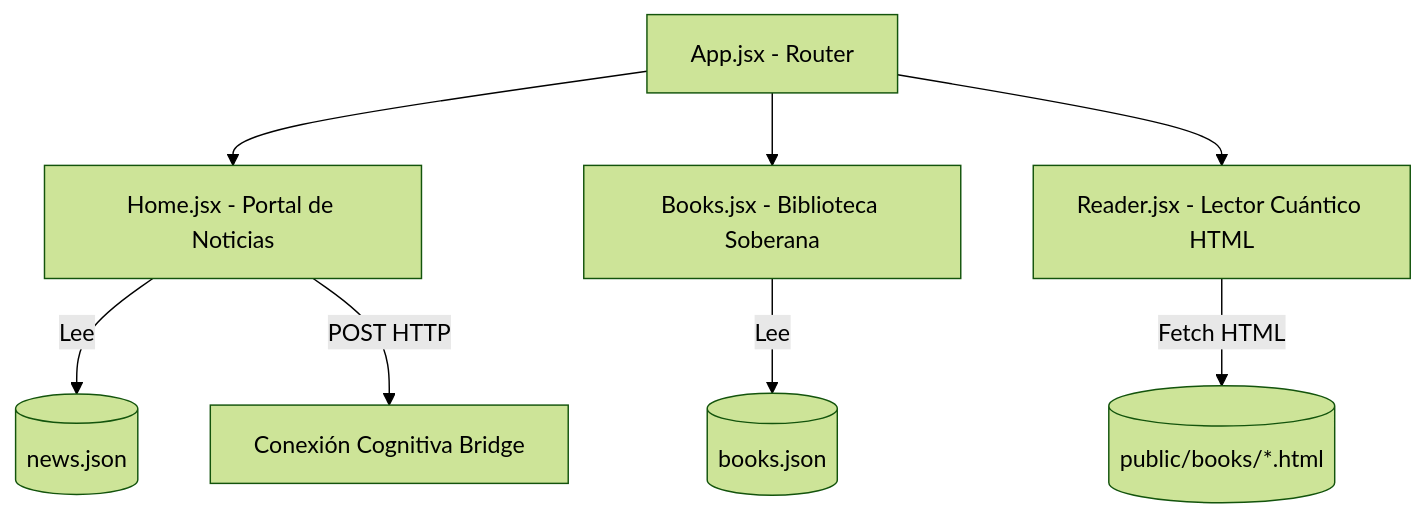
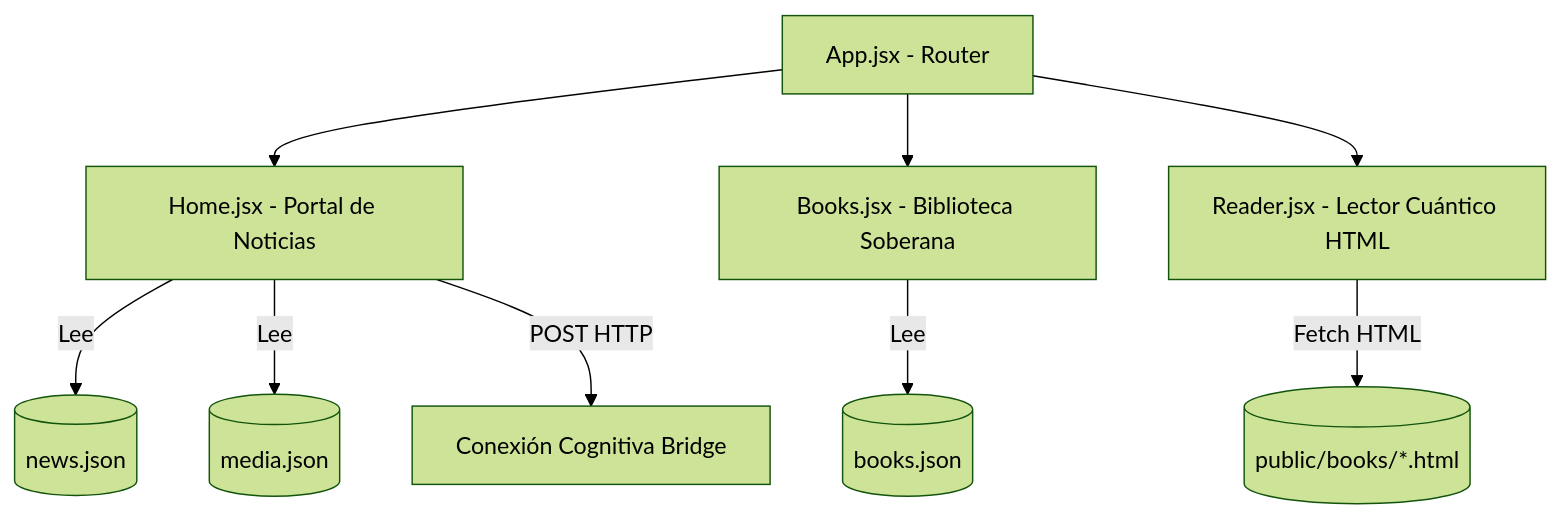
Before and after one commit to DarckRovert/gravity-news-portal: the diagram in docs/ARCHITECTURE.md, drawn with Mermaid (forest theme). The commit also changed other lines of this file and 2 other files, not shown here.

````diff
--- a/docs/ARCHITECTURE.md
+++ b/docs/ARCHITECTURE.md
@@ -24,12 +24,13 @@
 ```mermaid
 graph TD
     App[App.jsx - Router] --> Home[Home.jsx - Portal de Noticias]
     App --> Books[Books.jsx - Biblioteca Soberana]
     App --> Reader[Reader.jsx - Lector Cuántico HTML]
     
     Home -->|Lee| NewsJSON[(news.json)]
+    Home -->|Lee| MediaJSON[(media.json)]
     Books -->|Lee| BooksJSON[(books.json)]
     Reader -->|Fetch HTML| PublicBooks[(public/books/*.html)]
     
     Home -->|POST HTTP| Bridge[Conexión Cognitiva Bridge]
 ```
````
